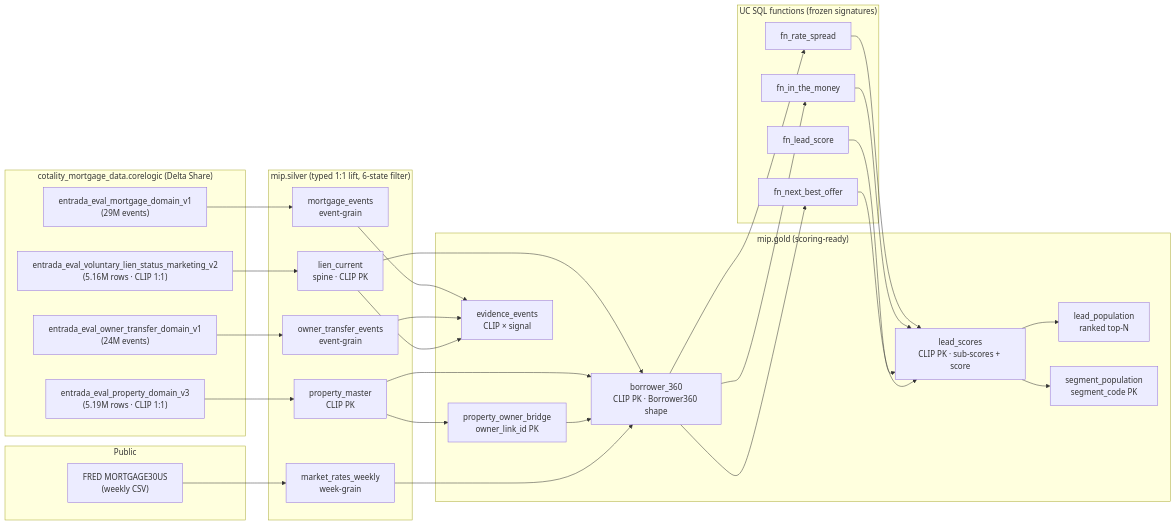
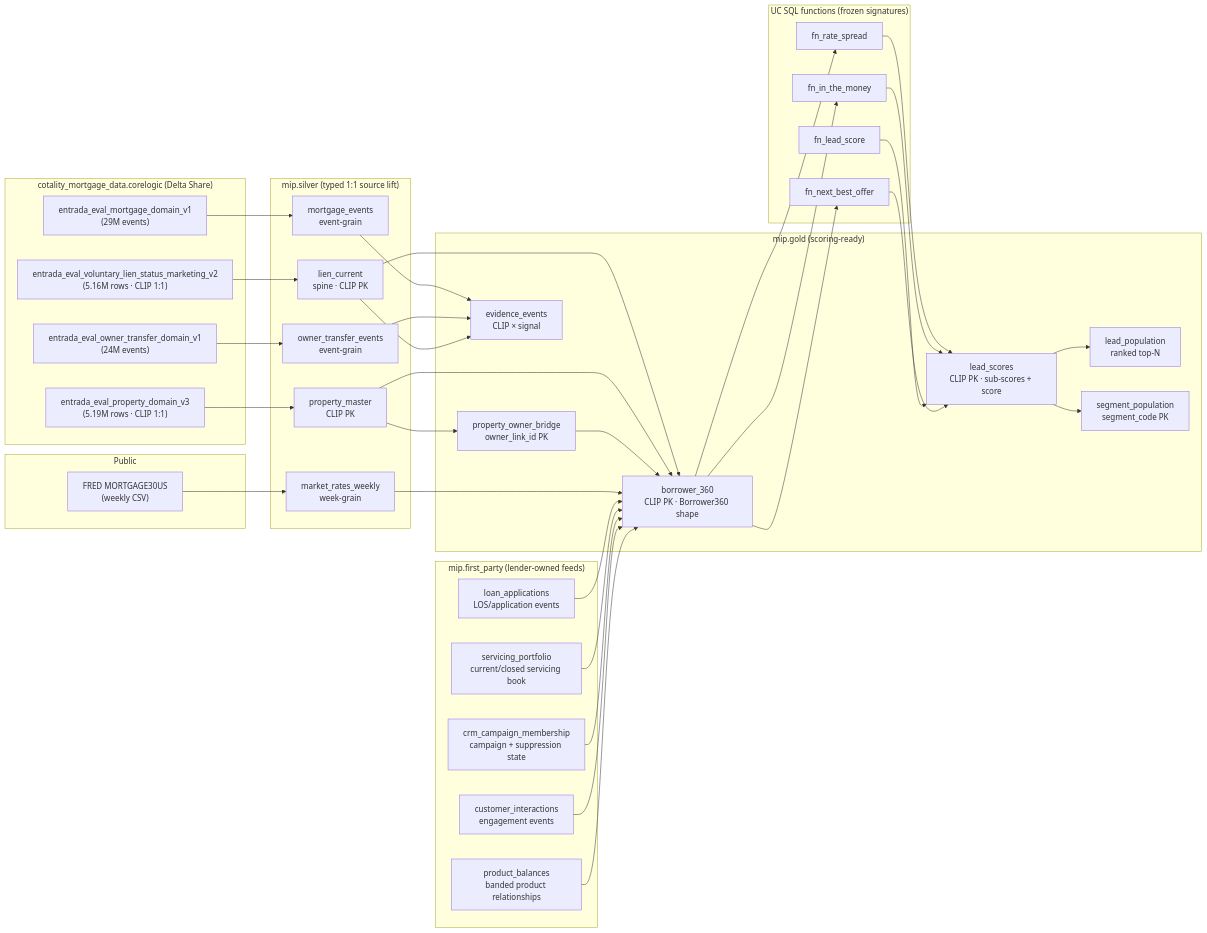
One commit to skyler-myers-db/mortgage-intelligence-platform changed the diagram in docs/data-contract-module0.md. Above: the diagram before and after it, drawn with Mermaid. The commit also changed other lines of this file and 264 other files, not shown here.

````diff
--- a/docs/data-contract-module0.md
+++ b/docs/data-contract-module0.md
@@ -16,62 +21,75 @@
 ```mermaid
 flowchart LR
   subgraph Share["cotality_mortgage_data.corelogic (Delta Share)"]
     VL["entrada_eval_voluntary_lien_status_marketing_v2<br/>(5.16M rows · CLIP 1:1)"]
     PV["entrada_eval_property_domain_v3<br/>(5.19M rows · CLIP 1:1)"]
     MD["entrada_eval_mortgage_domain_v1<br/>(29M events)"]
     OT["entrada_eval_owner_transfer_domain_v1<br/>(24M events)"]
   end
 
   subgraph Public["Public"]
     FRED["FRED MORTGAGE30US<br/>(weekly CSV)"]
   end
 
-  subgraph Silver["mip.silver (typed 1:1 lift, 6-state filter)"]
+  subgraph Silver["mip.silver (typed 1:1 source lift)"]
     S_LC["lien_current<br/>spine · CLIP PK"]
     S_PM["property_master<br/>CLIP PK"]
     S_ME["mortgage_events<br/>event-grain"]
     S_OT["owner_transfer_events<br/>event-grain"]
     S_MR["market_rates_weekly<br/>week-grain"]
+  end
+
+  subgraph FirstParty["mip.first_party (lender-owned feeds)"]
+    FP_LOS["loan_applications<br/>LOS/application events"]
+    FP_SERV["servicing_portfolio<br/>current/closed servicing book"]
+    FP_CRM["crm_campaign_membership<br/>campaign + suppression state"]
+    FP_INT["customer_interactions<br/>engagement events"]
+    FP_BAL["product_balances<br/>banded product relationships"]
   end
 
   subgraph Gold["mip.gold (scoring-ready)"]
     G_POB["property_owner_bridge<br/>owner_link_id PK"]
     G_B360["borrower_360<br/>CLIP PK · Borrower360 shape"]
     G_EE["evidence_events<br/>CLIP × signal"]
     G_LS["lead_scores<br/>CLIP PK · sub-scores + score"]
     G_LP["lead_population<br/>ranked top-N"]
     G_SP["segment_population<br/>segment_code PK"]
   end
 
   subgraph UDF["UC SQL functions (frozen signatures)"]
     F_RS["fn_rate_spread"]
     F_ITM["fn_in_the_money"]
     F_LS["fn_lead_score"]
     F_NBO["fn_next_best_offer"]
   end
 
   VL --> S_LC
   PV --> S_PM
   MD --> S_ME
   OT --> S_OT
   FRED --> S_MR
 
   S_PM --> G_POB
   S_LC --> G_B360
   S_PM --> G_B360
   G_POB --> G_B360
   S_MR --> G_B360
+  FP_LOS --> G_B360
+  FP_SERV --> G_B360
+  FP_CRM --> G_B360
+  FP_INT --> G_B360
+  FP_BAL --> G_B360
   S_ME --> G_EE
   S_OT --> G_EE
   S_LC --> G_EE
 
   G_B360 --> F_RS
   G_B360 --> F_ITM
   G_B360 --> F_NBO
   F_RS --> G_LS
   F_ITM --> G_LS
   F_LS --> G_LS
   F_NBO --> G_LS
   G_LS --> G_LP
   G_LS --> G_SP
 ```
````
